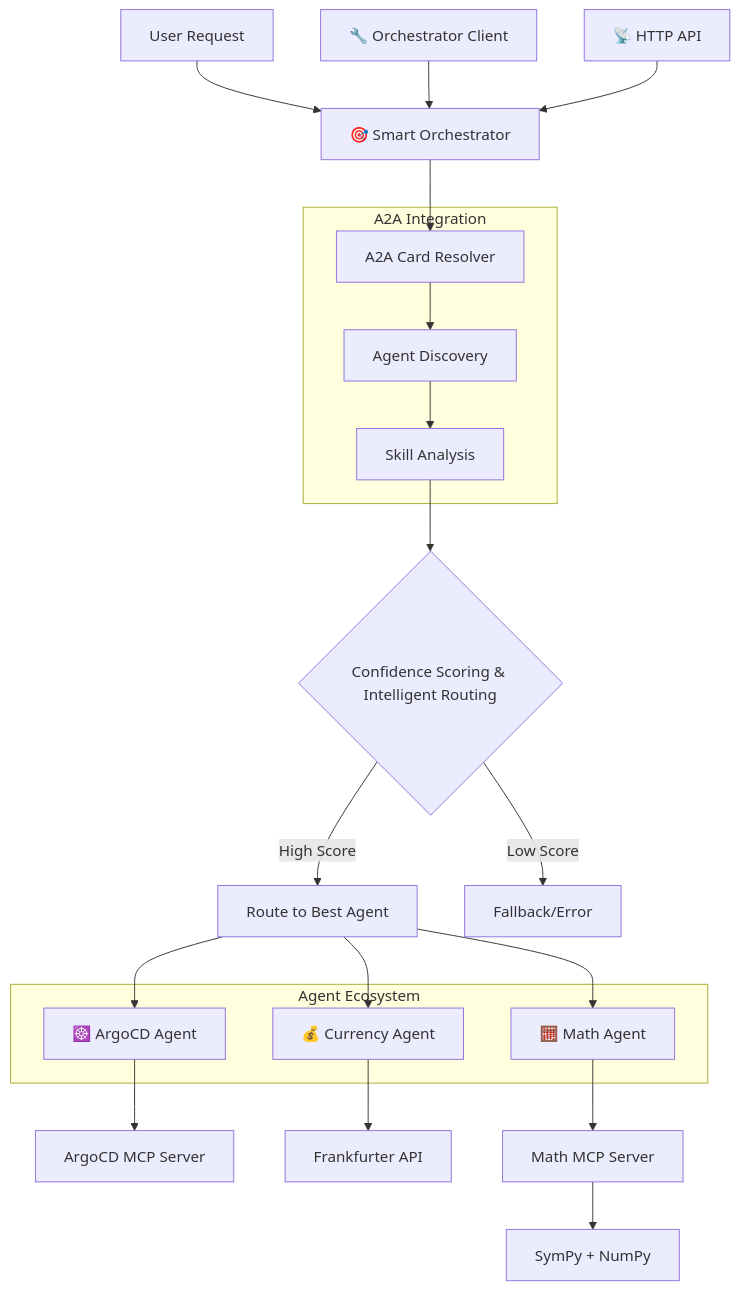
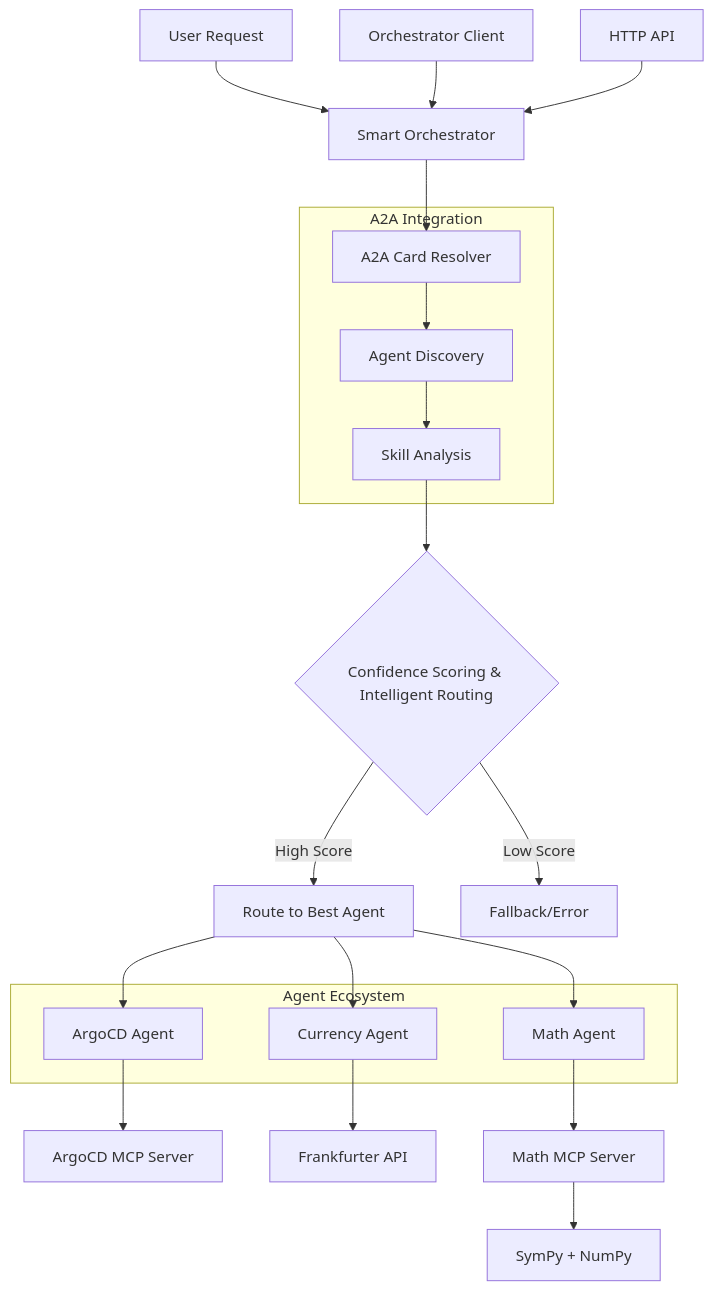
One commit to nayanika2304/multi-agent-orchestration changed the diagram in README.md. Above: the diagram before and after it, drawn with Mermaid. The commit also changed other lines of this file and 17 other files, not shown here.

````diff
--- a/README.md
+++ b/README.md
@@ -35,35 +35,35 @@
 ```mermaid
 graph TD
-    A[User Request] --> B[🎯 Smart Orchestrator]
+    A[User Request] --> B[Smart Orchestrator]
     B --> C[A2A Card Resolver]
     C --> D[Agent Discovery]
     D --> E[Skill Analysis]
     E --> F{Confidence Scoring & Intelligent Routing}
     
     F -->|High Score| G[Route to Best Agent]
     F -->|Low Score| H[Fallback/Error]
     
-    G --> I[☸️ ArgoCD Agent]
-    G --> J[💰 Currency Agent]  
-    G --> K[🧮 Math Agent]
+    G --> I[ArgoCD Agent]
+    G --> J[Currency Agent]  
+    G --> K[Math Agent]
     
     I --> L[ArgoCD MCP Server]
     J --> M[Frankfurter API]
     K --> N[Math MCP Server]
     N --> O[SymPy + NumPy]
     
-    P[🔧 Orchestrator Client] --> B
-    Q[📡 HTTP API] --> B
+    P[Orchestrator Client] --> B
+    Q[HTTP API] --> B
     
     subgraph "A2A Integration"
         C
         D
         E
     end
     
     subgraph "Agent Ecosystem"
         I
         J
         K
     end
 ```
````
